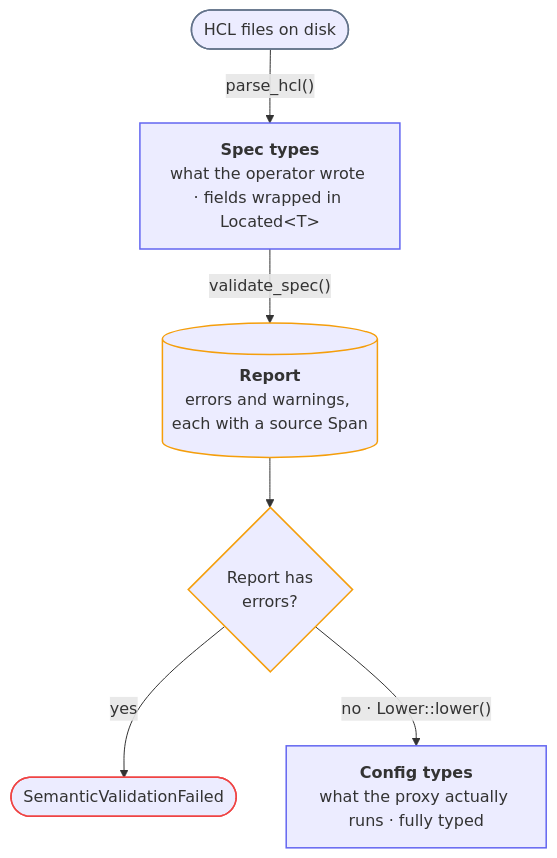
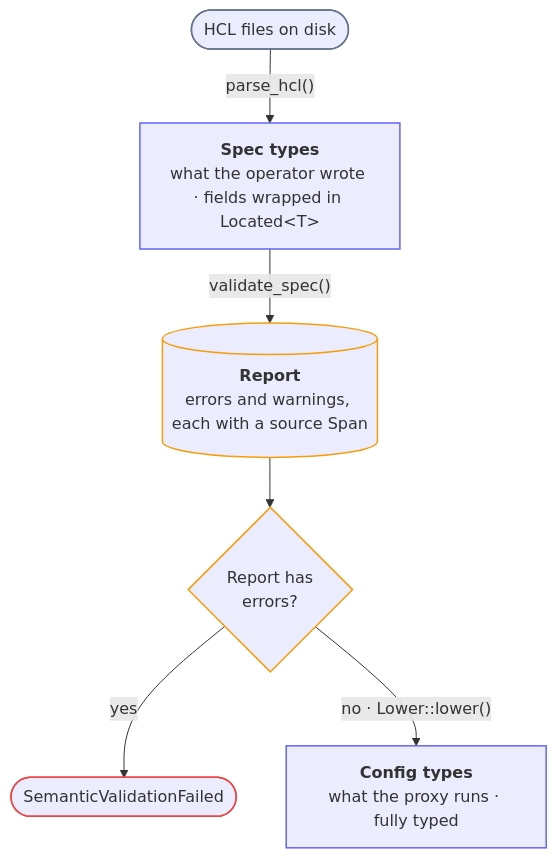
The diagram in docs/docs/contributing/adding-config-settings.md (snakewayhq/snakeway), drawn with Mermaid before and after one commit. The commit also changed other lines of this file and 17 other files, not shown here.

````diff
--- a/docs/docs/contributing/adding-config-settings.md
+++ b/docs/docs/contributing/adding-config-settings.md
@@ -17,26 +17,26 @@
 ```mermaid
 %%{ init: { "flowchart": { "curve": "basis" } } }%%
 flowchart TD
     files(["HCL files on disk"])
     spec["<b>Spec types</b><br/>what the operator wrote · fields wrapped in Located&lt;T&gt;"]
     report[("<b>Report</b><br/>errors and warnings, each with a source Span")]
     gate{"Report has<br/>errors?"}
     fail(["SemanticValidationFailed"])
-    config["<b>Config types</b><br/>what the proxy actually runs · fully typed"]
+    config["<b>Config types</b><br/>what the proxy runs · fully typed"]
 
     files -- "parse_hcl()" --> spec
     spec -- "validate_spec()" --> report
     report --> gate
     gate -- "yes" --> fail
     gate -- "no · Lower::lower()" --> config
 
     classDef io stroke:#64748b,stroke-width:1.5px;
     classDef data stroke:#6366f1,stroke-width:1.5px;
     classDef diag stroke:#f59e0b,stroke-width:1.5px;
     classDef bad stroke:#ef4444,stroke-width:1.5px;
 
     class files io;
     class spec,config data;
     class report,gate diag;
     class fail bad;
 ```
````
